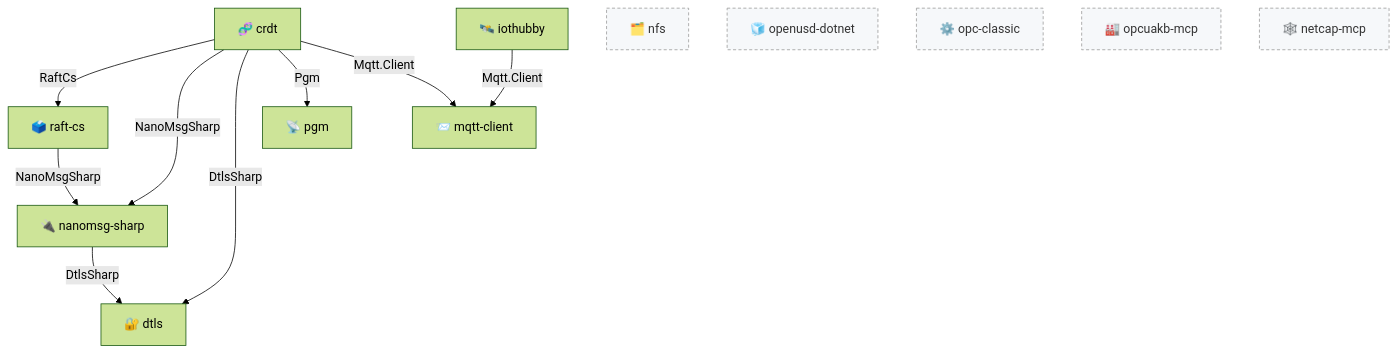
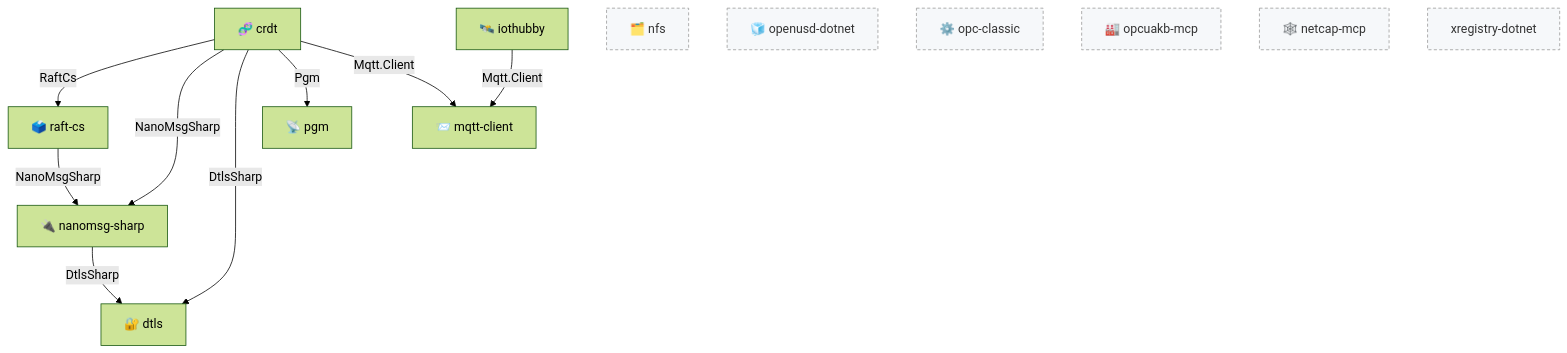
One commit to marcschier/marcschier changed the diagram in README.md. Above: the diagram before and after it, drawn with Mermaid (forest theme). The commit also changed other lines of this file and 1 other file, not shown here.

Commit message:
Register xregistry-dotnet package automation

````diff
--- a/README.md
+++ b/README.md
@@ -181,20 +206,21 @@
 ```mermaid
 graph TD
     crdt["🧬 crdt"] -->|RaftCs| raftcs["🗳️ raft-cs"]
     crdt -->|NanoMsgSharp| nanomsg["🔌 nanomsg-sharp"]
     crdt -->|DtlsSharp| dtls["🔐 dtls"]
     crdt -->|Pgm| pgm["📡 pgm"]
     crdt -->|Mqtt.Client| mqtt["📨 mqtt-client"]
     raftcs -->|NanoMsgSharp| nanomsg
     nanomsg -->|DtlsSharp| dtls
     iothubby["🛰️ iothubby"] -->|Mqtt.Client| mqtt
 
     nfs["🗂️ nfs"]
     openusd["🧊 openusd-dotnet"]
     opcclassic["⚙️ opc-classic"]
     opcuakb["🏭 opcuakb-mcp"]
     netcap["🕸️ netcap-mcp"]
+    xregistry["xregistry-dotnet"]
 
     classDef standalone fill:#f6f8fa,stroke:#999,stroke-dasharray:4 3,color:#333;
-    class nfs,openusd,opcclassic,opcuakb,netcap standalone;
+    class nfs,openusd,opcclassic,opcuakb,netcap,xregistry standalone;
 ```
````
